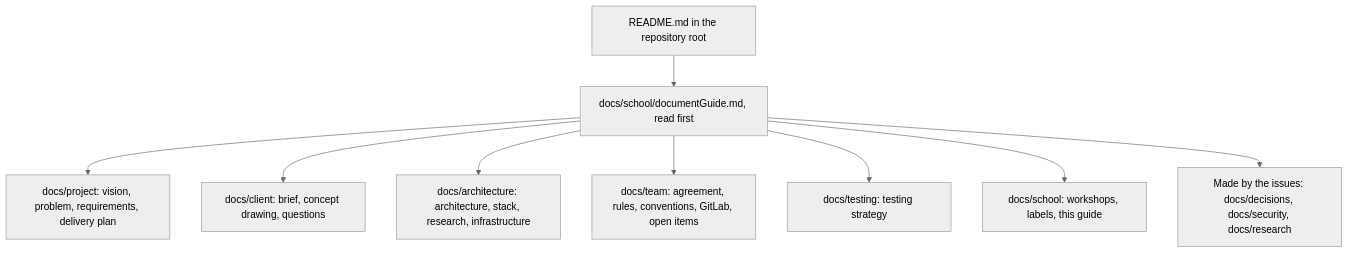
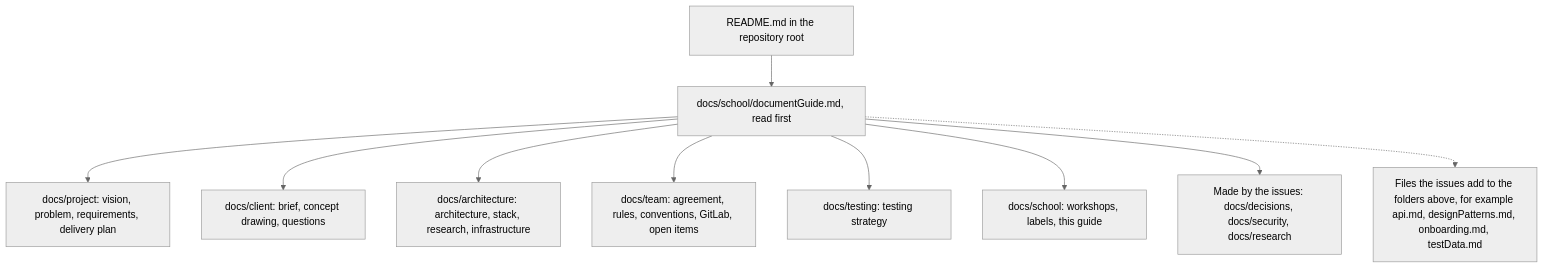
One commit to guruITA/connect-nine changed the diagram in docs/school/documentGuide.md. Above: the diagram before and after it, drawn with Mermaid (neutral theme). The commit also changed other lines of this file and 18 other files, not shown here.

Commit message:
docs(docs): add diagrams, the research plan and mark the agreement as a draft (#1)

````diff
--- a/docs/school/documentGuide.md
+++ b/docs/school/documentGuide.md
@@ -15,12 +15,13 @@
 ```mermaid
 flowchart TD
     Root[README.md in the repository root]
     Root --> Guide[docs/school/documentGuide.md, read first]
     Guide --> Project["docs/project: vision, problem, requirements, delivery plan"]
     Guide --> Client["docs/client: brief, concept drawing, questions"]
     Guide --> Arch["docs/architecture: architecture, stack, research, infrastructure"]
     Guide --> Team["docs/team: agreement, rules, conventions, GitLab, open items"]
     Guide --> Testing["docs/testing: testing strategy"]
     Guide --> School["docs/school: workshops, labels, this guide"]
     Guide --> Later["Made by the issues: docs/decisions, docs/security, docs/research"]
+    Guide -.-> Soon["Files the issues add to the folders above, for example api.md, designPatterns.md, onboarding.md, testData.md"]
 ```
````
